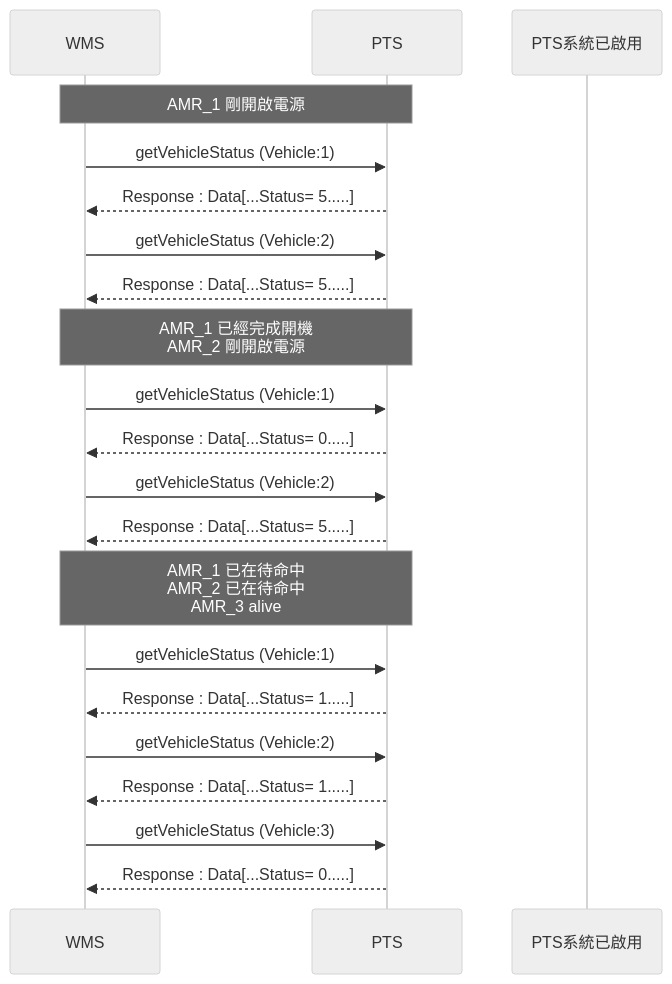
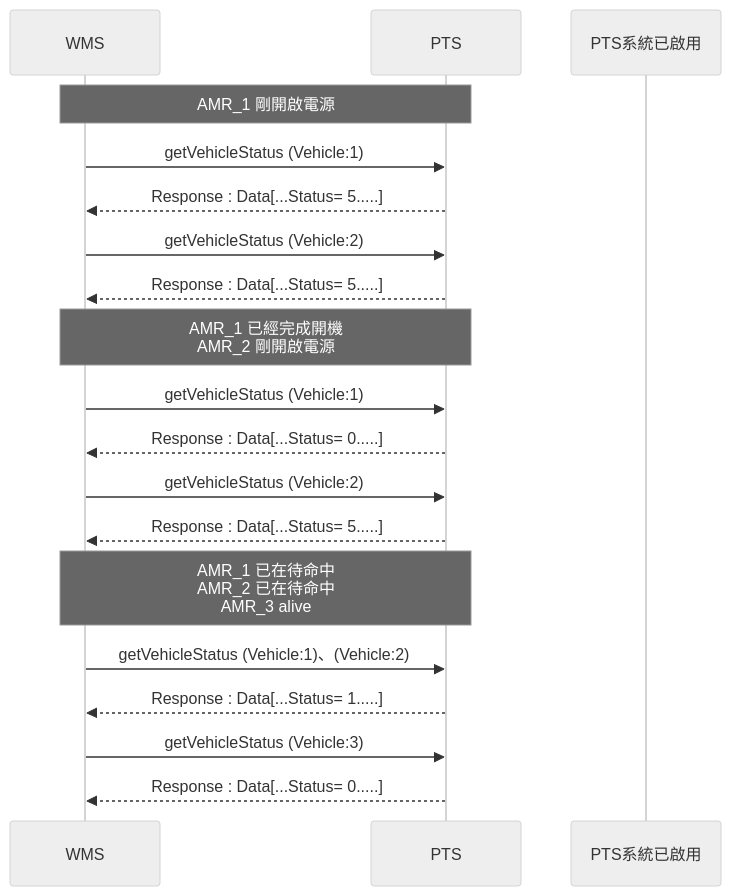
One commit to athena-tircgo/amr-wms-lsj changed the sixth of 10 diagrams in README.md. Above: the diagram before and after it, drawn with Mermaid (neutral theme). The commit also changed other lines of this file, not shown here.

````diff
--- a/README.md
+++ b/README.md
@@ -360,28 +365,24 @@
 ```mermaid
 sequenceDiagram
     participant WMS
     participant PTS
     participant PTS系統已啟用
     
     note over PTS,WMS: AMR_1 剛開啟電源
         WMS->>PTS:getVehicleStatus (Vehicle:1)
         PTS-->>WMS:Response : Data[...Status= 5.....]
         WMS->>PTS:getVehicleStatus (Vehicle:2)
         PTS-->>WMS:Response : Data[...Status= 5.....]
 
     note over PTS,WMS: AMR_1 已經完成開機<br>AMR_2 剛開啟電源
         WMS->>PTS:getVehicleStatus (Vehicle:1)
         PTS-->>WMS:Response : Data[...Status= 0.....]
         WMS->>PTS:getVehicleStatus (Vehicle:2)
         PTS-->>WMS:Response : Data[...Status= 5.....]
 
  　　note over PTS,WMS: AMR_1 已在待命中<br>AMR_2 已在待命中<br>AMR_3 alive
-        WMS->>PTS:getVehicleStatus (Vehicle:1)
-        PTS-->>WMS:Response : Data[...Status= 1.....]
-        WMS->>PTS:getVehicleStatus (Vehicle:2)
+        WMS->>PTS:getVehicleStatus (Vehicle:1)、(Vehicle:2)
         PTS-->>WMS:Response : Data[...Status= 1.....]
         WMS->>PTS:getVehicleStatus (Vehicle:3)
         PTS-->>WMS:Response : Data[...Status= 0.....]
-
-
 ```
````
